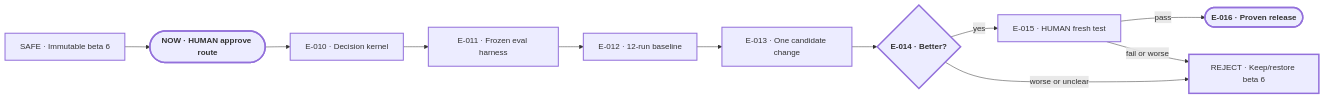
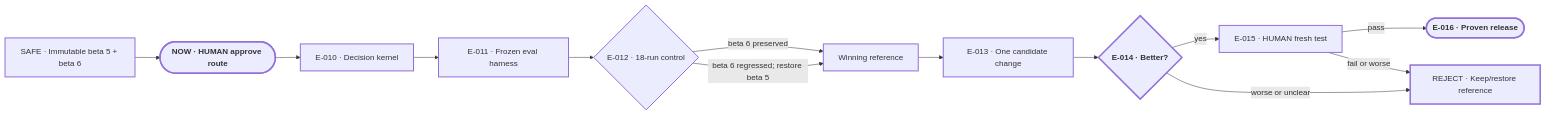
Before and after one commit to Pu11en/portable-planner: the diagram in planning/PLAN-VIEW.md, drawn with Mermaid. The commit also changed other lines of this file and 13 other files, not shown here.

Commit message:
plan beta5 beta6 regression control

````diff
--- a/planning/PLAN-VIEW.md
+++ b/planning/PLAN-VIEW.md
@@ -13,27 +13,31 @@
 ```mermaid
 flowchart LR
-    B6["SAFE · Immutable beta 6"]
+    CTRL["SAFE · Immutable beta 5 + beta 6"]
     A(["NOW · HUMAN approve route"])
     K["E-010 · Decision kernel"]
     H["E-011 · Frozen eval harness"]
-    M["E-012 · 12-run baseline"]
+    M{"E-012 · 18-run control"}
+    REF["Winning reference"]
     C["E-013 · One candidate change"]
     V{"E-014 · Better?"}
     T["E-015 · HUMAN fresh test"]
     R(["E-016 · Proven release"])
-    KEEP["REJECT · Keep/restore beta 6"]
-    B6 --> A --> K --> H --> M --> C --> V
+    KEEP["REJECT · Keep/restore reference"]
+    CTRL --> A --> K --> H --> M
+    M -->|beta 6 preserved| REF
+    M -->|beta 6 regressed; restore beta 5| REF
+    REF --> C --> V
     V -->|yes| T -->|pass| R
     V -->|worse or unclear| KEEP
     T -->|fail or worse| KEEP
 
     classDef current stroke-width:3px,font-weight:700;
     classDef milestone stroke-width:2px;
     classDef proof stroke-width:3px,font-weight:700;
     classDef blocked stroke-width:3px;
 
     class A current;
-    class B6,K,H,M,C,T milestone;
+    class CTRL,K,H,M,REF,C,T milestone;
     class V,R proof;
     class KEEP blocked;
 ```
````
